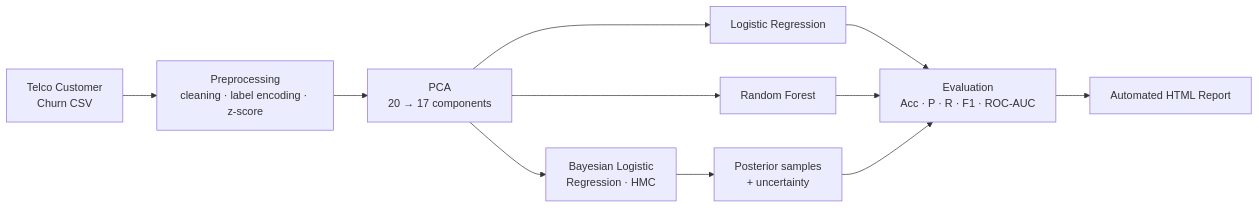
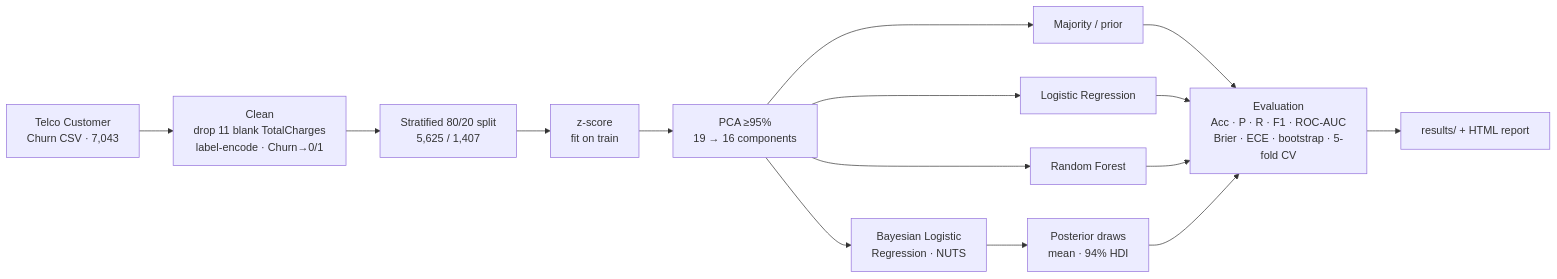
One commit to Vishnu868/Bayesian-Churn-Prediction changed the diagram in README.md. Above: the diagram before and after it, drawn with Mermaid. The commit also changed other lines of this file and 80 other files, not shown here.

First line of the commit message:
Add experiments, results, REPORT.md, README and Project Guide PDF

````diff
--- a/README.md
+++ b/README.md
@@ -20,11 +23,14 @@
 ```mermaid
 flowchart LR
-    A[Telco Customer<br/>Churn CSV] --> B[Preprocessing<br/>cleaning · label encoding · z-score]
-    B --> C[PCA<br/>20 → 17 components]
+    A[Telco Customer<br/>Churn CSV · 7,043] --> B[Clean<br/>drop 11 blank TotalCharges<br/>label-encode · Churn→0/1]
+    B --> S[Stratified 80/20 split<br/>5,625 / 1,407]
+    S --> Z[z-score<br/>fit on train]
+    Z --> C[PCA ≥95%<br/>19 → 16 components]
+    C --> D0[Majority / prior]
     C --> D1[Logistic Regression]
     C --> D2[Random Forest]
-    C --> D3[Bayesian Logistic<br/>Regression · HMC]
-    D3 --> E[Posterior samples<br/>+ uncertainty]
-    D1 & D2 & E --> F[Evaluation<br/>Acc · P · R · F1 · ROC-AUC]
-    F --> G[Automated HTML Report]
+    C --> D3[Bayesian Logistic<br/>Regression · NUTS]
+    D3 --> E[Posterior draws<br/>mean · 94% HDI]
+    D0 & D1 & D2 & E --> F[Evaluation<br/>Acc · P · R · F1 · ROC-AUC<br/>Brier · ECE · bootstrap · 5-fold CV]
+    F --> G[results/ + HTML report]
 ```
````
